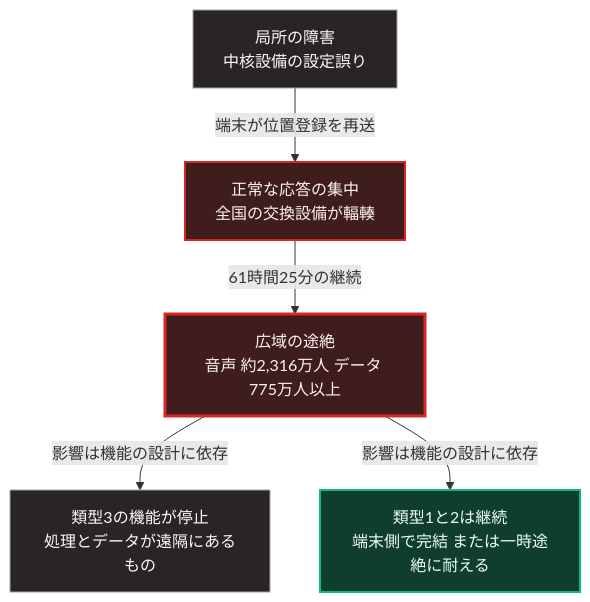
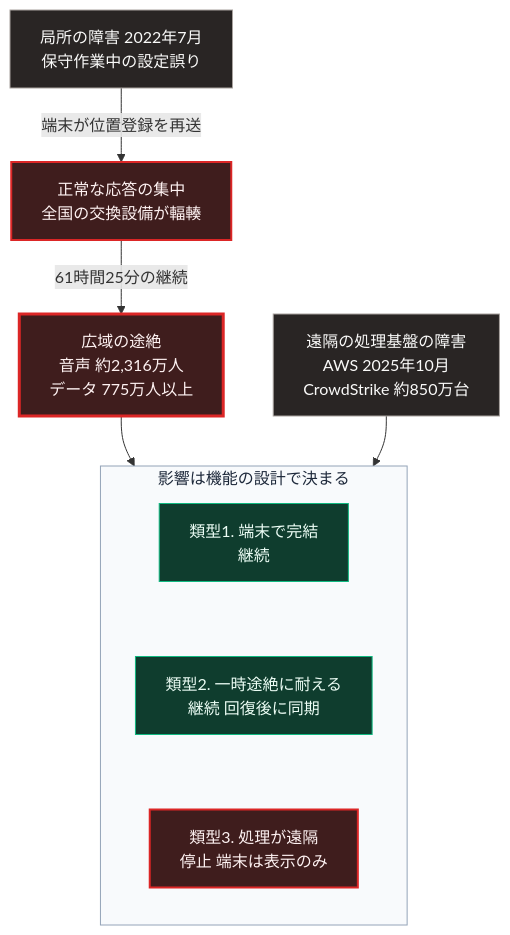
One commit to Takenori-Kusaka/zenn-content changed the diagram in books/sovereign-resilience-blueprint/40_cloud-lockout-wan-cutout.md. Above: the diagram before and after it, drawn with Mermaid. The commit also changed other lines of this file and 114 other files, not shown here.

````diff
--- a/books/sovereign-resilience-blueprint/40_cloud-lockout-wan-cutout.md
+++ b/books/sovereign-resilience-blueprint/40_cloud-lockout-wan-cutout.md
@@ -75,14 +75,23 @@
 ```mermaid
 flowchart TD
-    A[局所の障害<br>中核設備の設定誤り]
+    A[局所の障害 2022年7月<br>保守作業中の設定誤り]
     A -->|端末が位置登録を再送| B[正常な応答の集中<br>全国の交換設備が輻輳]
-    B -->|61時間25分の継続| C[広域の途絶<br>音声 約2,316万人 データ 775万人以上]
-    C -->|影響は機能の設計に依存| D[類型3の機能が停止<br>処理とデータが遠隔にあるもの]
-    C -->|影響は機能の設計に依存| E[類型1と2は継続<br>端末側で完結 または一時途絶に耐える]
+    B -->|61時間25分の継続| C[広域の途絶<br>音声 約2,316万人<br>データ 775万人以上]
+    R[遠隔の処理基盤の障害<br>AWS 2025年10月<br>CrowdStrike 約850万台]
+    subgraph G[影響は機能の設計で決まる]
+        direction TB
+        K1[類型1. 端末で完結<br>継続] ~~~ K2[類型2. 一時途絶に耐える<br>継続 回復後に同期]
+        K2 ~~~ K3[類型3. 処理が遠隔<br>停止 端末は表示のみ]
+    end
+    C --> G
+    R --> G
 
     style A fill:#292524,stroke:#a8a29e,color:#fafaf9
     style B fill:#3f1d1d,stroke:#dc2626,stroke-width:2px,color:#fef2f2
     style C fill:#3f1d1d,stroke:#dc2626,stroke-width:3px,color:#fef2f2
-    style D fill:#292524,stroke:#a8a29e,color:#fafaf9
-    style E fill:#0f3d2e,stroke:#10b981,stroke-width:2px,color:#ecfdf5
+    style R fill:#292524,stroke:#a8a29e,color:#fafaf9
+    style K1 fill:#0f3d2e,stroke:#10b981,color:#ecfdf5
+    style K2 fill:#0f3d2e,stroke:#10b981,color:#ecfdf5
+    style K3 fill:#3f1d1d,stroke:#dc2626,stroke-width:2px,color:#fef2f2
+    style G fill:#f8fafc,stroke:#94a3b8,color:#1e293b
 ```
````
